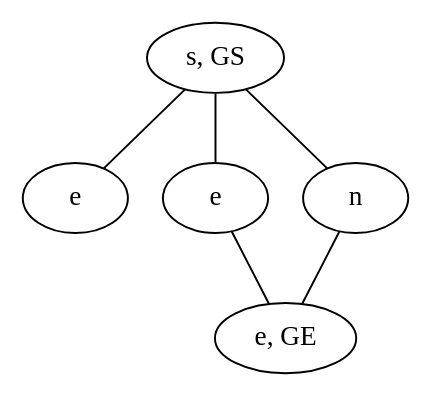
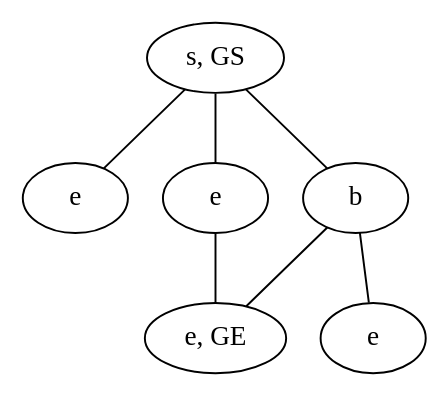
The diagram in data/VGLC/Zelda/rules/1/0_S-E.dot (schrum2/MM-NEAT), drawn with Graphviz before and after one commit. The commit also changed 30 other files, not shown here.

Commit message:
Add soft locks to Zelda Graph Grammar

```diff
--- a/data/VGLC/Zelda/rules/1/0_S-E.dot
+++ b/data/VGLC/Zelda/rules/1/0_S-E.dot
@@ -1,12 +1,14 @@
 graph {
-yJkK [label="s, GS"]
-wnwV [label="e, GE"]
-OcNE [label="e"]
-MVXJ [label="e"]
-tMJA [label="n"]
-yJkK -- OcNE
-yJkK -- MVXJ
-yJkK -- tMJA
-MVXJ -- wnwV
-tMJA -- wnwV
+LZCk [label="s, GS"]
+WCSH [label="e, GE"]
+DOmq [label="e"]
+ofgQ [label="e"]
+BJIm [label="b"]
+djAV [label="e"]
+LZCk -- DOmq
+LZCk -- ofgQ
+LZCk -- BJIm
+ofgQ -- WCSH
+BJIm -- djAV
+BJIm -- WCSH
 }
```
